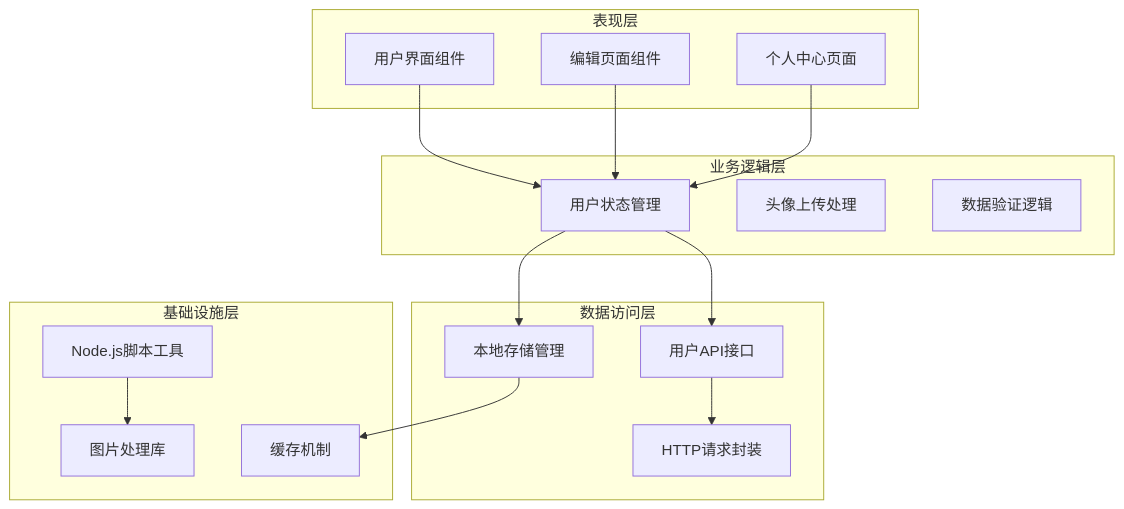
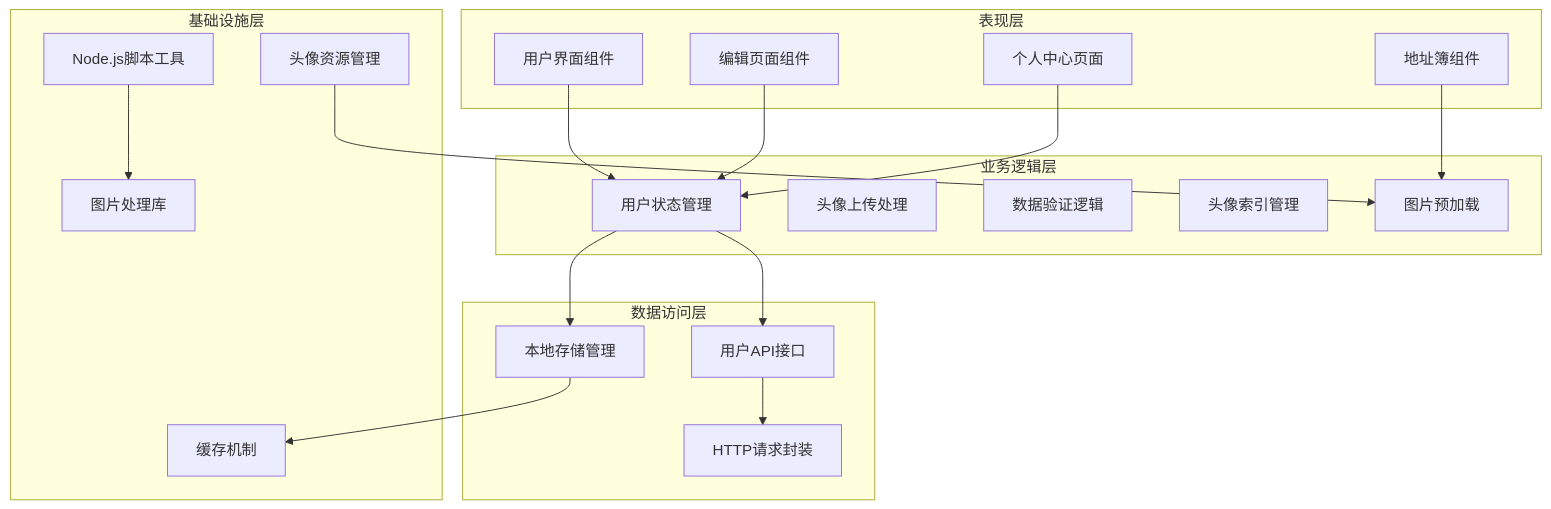
One commit to giserman001/vue3-vant4-mobile changed the fifth of 10 diagrams in .qoder/repowiki/zh/content/核心系统/头像管理系统.md. Above: the diagram before and after it, drawn with Mermaid. The commit also changed other lines of this file and 1 other file, not shown here.

First line of the commit message:
feat(address): 完善头像索引管理与图片预加载机制

````diff
--- a/.qoder/repowiki/zh/content/核心系统/头像管理系统.md
+++ b/.qoder/repowiki/zh/content/核心系统/头像管理系统.md
@@ -171,31 +197,37 @@
 ```mermaid
 graph TB
 subgraph "表现层"
 A[用户界面组件]
 B[编辑页面组件]
 C[个人中心页面]
+D[地址簿组件]
 end
 subgraph "业务逻辑层"
-D[用户状态管理]
-E[头像上传处理]
-F[数据验证逻辑]
+E[用户状态管理]
+F[头像上传处理]
+G[数据验证逻辑]
+H[头像索引管理]
+I[图片预加载]
 end
 subgraph "数据访问层"
-G[用户API接口]
-H[HTTP请求封装]
-I[本地存储管理]
+J[用户API接口]
+K[HTTP请求封装]
+L[本地存储管理]
 end
 subgraph "基础设施层"
-J[Node.js脚本工具]
-K[图片处理库]
-L[缓存机制]
+M[Node.js脚本工具]
+N[图片处理库]
+O[缓存机制]
+P[头像资源管理]
 end
-A --> D
-B --> D
-C --> D
-D --> G
-G --> H
+A --> E
+B --> E
+C --> E
 D --> I
+E --> J
 J --> K
-I --> L
+E --> L
+M --> N
+L --> O
+P --> I
 ```
````
